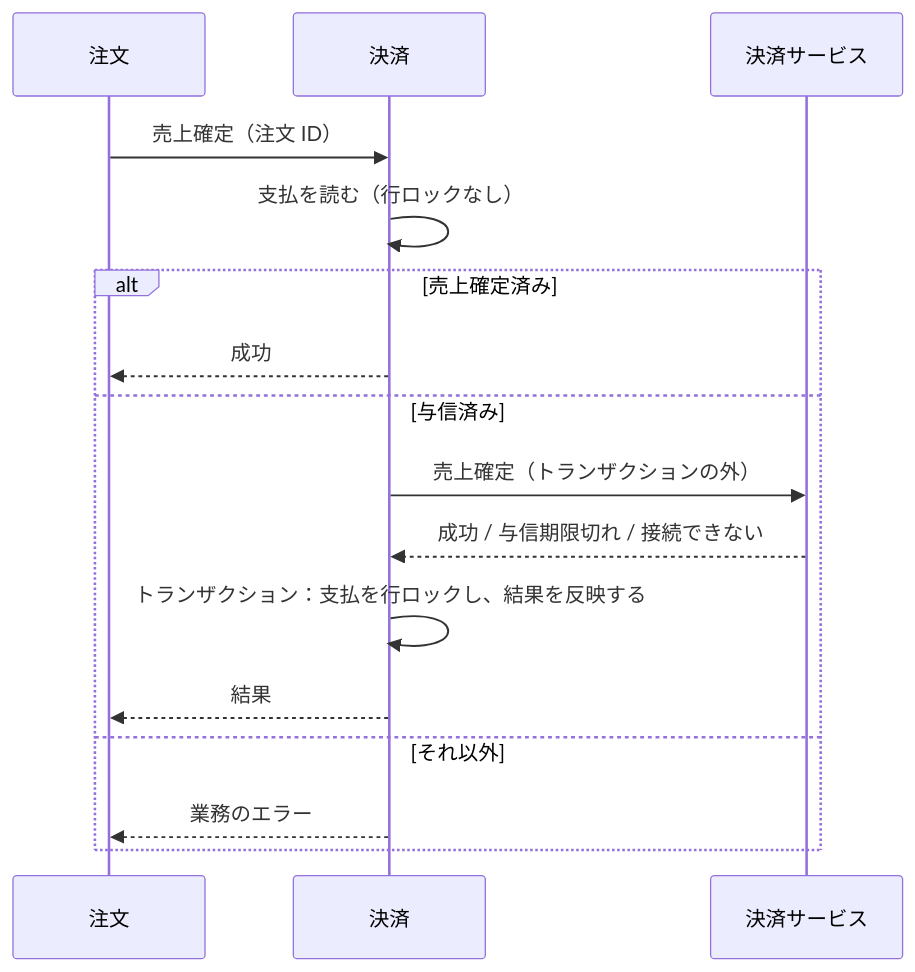
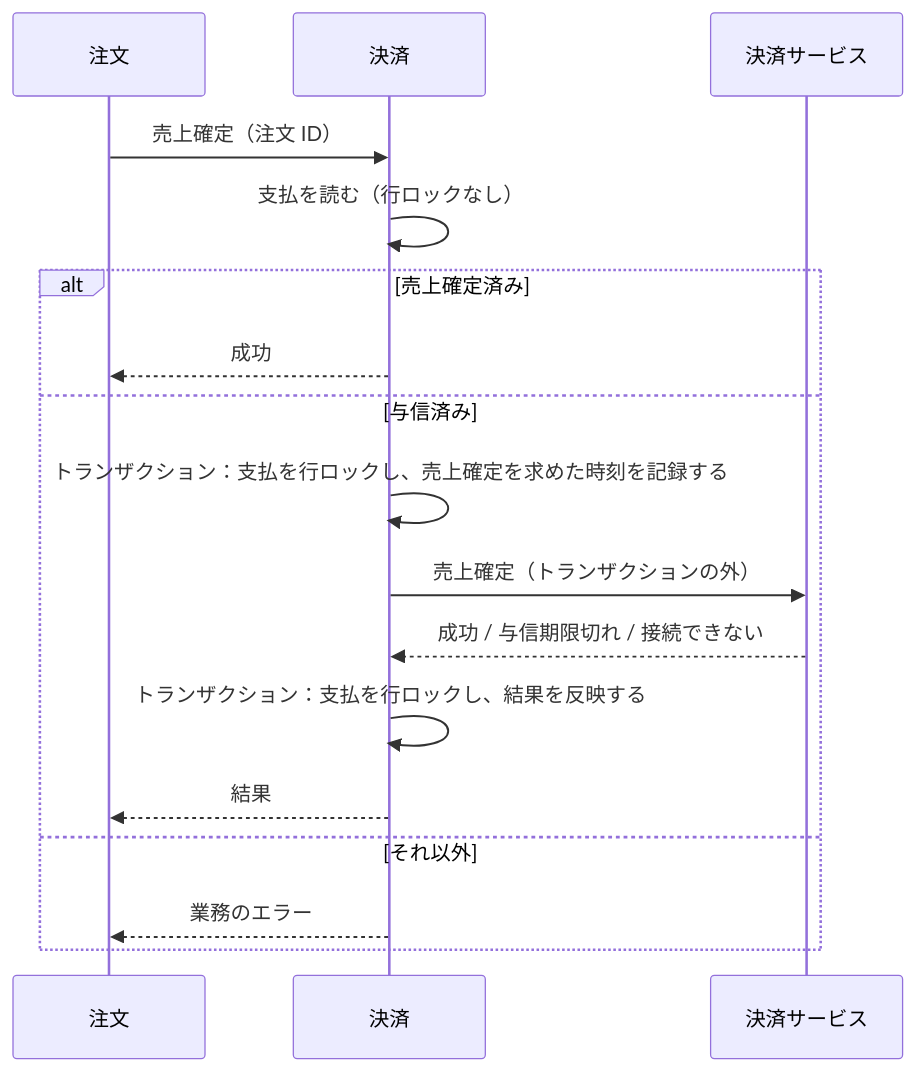
Before and after one commit to roger88106/ec-site: the fourth of 5 diagrams in docs/02-設計/payment.md, drawn with Mermaid. The commit also changed other lines of this file and 4 other files, not shown here.

````diff
--- a/docs/02-設計/payment.md
+++ b/docs/02-設計/payment.md
@@ -213,18 +221,19 @@
 ```mermaid
 sequenceDiagram
     participant O as 注文
     participant P as 決済
     participant G as 決済サービス
     O->>P: 売上確定（注文 ID）
     P->>P: 支払を読む（行ロックなし）
     alt 売上確定済み
         P-->>O: 成功
     else 与信済み
+        P->>P: トランザクション：支払を行ロックし、売上確定を求めた時刻を記録する
         P->>G: 売上確定（トランザクションの外）
         G-->>P: 成功 / 与信期限切れ / 接続できない
         P->>P: トランザクション：支払を行ロックし、結果を反映する
         P-->>O: 結果
     else それ以外
         P-->>O: 業務のエラー
     end
 ```
````
